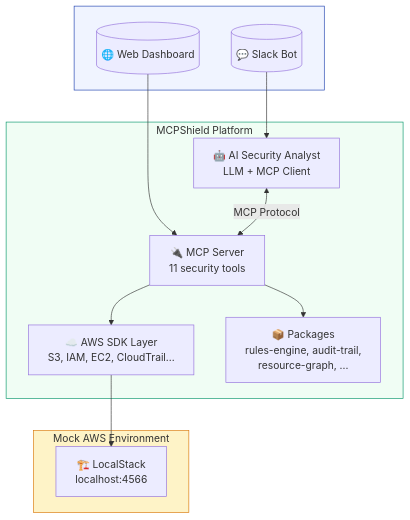
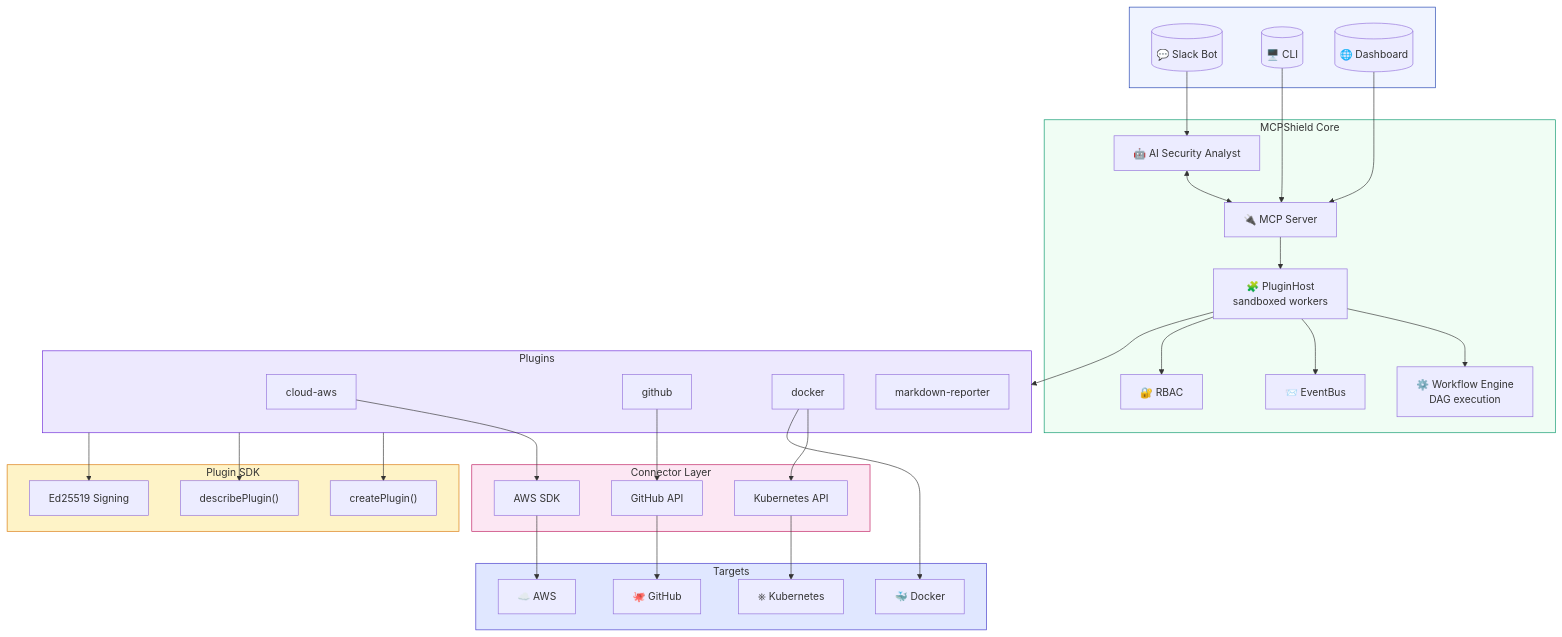
One commit to akintunero/mcpshield changed the diagram in docs/diagrams/architecture.mmd. Above: the diagram before and after it, drawn with Mermaid. The commit also changed 170 other files, not shown here.

```diff
--- a/docs/diagrams/architecture.mmd
+++ b/docs/diagrams/architecture.mmd
@@ -1,23 +1,61 @@
 graph TB
     subgraph Users[" "]
         Slack[("💬 Slack Bot")]
-        Web[("🌐 Web Dashboard")]
+        CLI[("🖥️ CLI")]
+        Web[("🌐 Dashboard")]
     end
-    subgraph MCPShield["MCPShield Platform"]
-        Agent["🤖 AI Security Analyst\nLLM + MCP Client"]
-        MCPServer["🔌 MCP Server\n11 security tools"]
-        AWSLayer["☁️ AWS SDK Layer\nS3, IAM, EC2, CloudTrail..."]
-        Packages["📦 Packages\nrules-engine, audit-trail,\nresource-graph, ..."]
+    subgraph Core["MCPShield Core"]
+        Agent["🤖 AI Security Analyst"]
+        MCPServer["🔌 MCP Server"]
+        PluginHost["🧩 PluginHost\nsandboxed workers"]
+        Workflow["⚙️ Workflow Engine\nDAG execution"]
+        EventBus["📨 EventBus"]
+        RBAC["🔐 RBAC"]
     end
-    subgraph MockAWS["Mock AWS Environment"]
-        LocalStack["🏗️ LocalStack\nlocalhost:4566"]
+    subgraph SDK["Plugin SDK"]
+        CreatePlugin["createPlugin()"]
+        ContractTests["describePlugin()"]
+        Signing["Ed25519 Signing"]
+    end
+    subgraph Connectors["Connector Layer"]
+        AwsConn["AWS SDK"]
+        K8sConn["Kubernetes API"]
+        GhConn["GitHub API"]
+    end
+    subgraph Plugins["Plugins"]
+        CloudAWS["cloud-aws"]
+        GitHub["github"]
+        Docker["docker"]
+        Markdown["markdown-reporter"]
+    end
+    subgraph Targets["Targets"]
+        AWS["☁️ AWS"]
+        K8s["⎈ Kubernetes"]
+        GH["🐙 GitHub"]
+        DOCKER["🐳 Docker"]
     end
     Slack --> Agent
+    CLI --> MCPServer
     Web --> MCPServer
-    Agent <-->|MCP Protocol| MCPServer
-    MCPServer --> AWSLayer
-    MCPServer --> Packages
-    AWSLayer --> LocalStack
+    Agent <--> MCPServer
+    MCPServer --> PluginHost
+    PluginHost --> Workflow
+    PluginHost --> EventBus
+    PluginHost --> RBAC
+    PluginHost --> Plugins
+    Plugins --> CreatePlugin
+    Plugins --> ContractTests
+    Plugins --> Signing
+    CloudAWS --> AwsConn
+    GitHub --> GhConn
+    Docker --> K8sConn
+    AwsConn --> AWS
+    GhConn --> GH
+    K8sConn --> K8s
+    Docker --> DOCKER
     style Users fill:#f0f4ff,stroke:#1e40af
-    style MCPShield fill:#f0fdf4,stroke:#059669
-    style MockAWS fill:#fef3c7,stroke:#d97706
+    style Core fill:#f0fdf4,stroke:#059669
+    style SDK fill:#fef3c7,stroke:#d97706
+    style Connectors fill:#fce7f3,stroke:#be185d
+    style Plugins fill:#ede9fe,stroke:#6d28d9
+    style Targets fill:#e0e7ff,stroke:#4338ca
```
